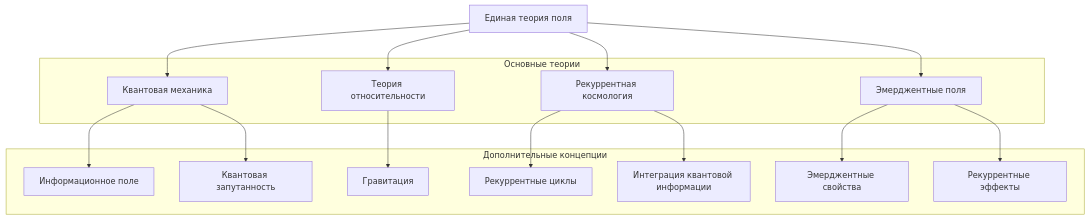
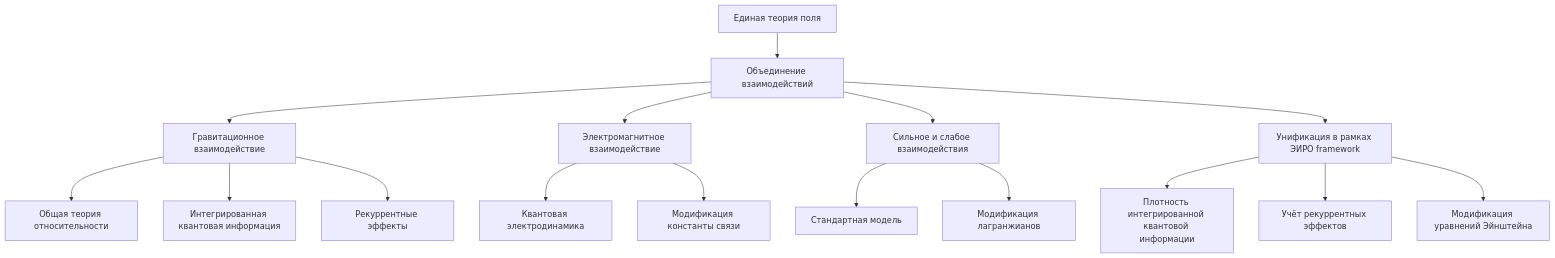
One commit to commeta/consciousness changed the first of 28 diagrams in The-Theory-of-Everything.md. Above: the diagram before and after it, drawn with Mermaid. The commit also changed other lines of this file, not shown here.

````diff
--- a/The-Theory-of-Everything.md
+++ b/The-Theory-of-Everything.md
@@ -5,35 +5,22 @@
 ```mermaid
 graph TD
-    A[Единая теория поля] --> B[Квантовая механика]
-    A --> C[Теория относительности]
-    A --> D[Рекуррентная космология]
-    A --> E[Эмерджентные поля]
-
-    B --> F[Информационное поле]
-    B --> G[Квантовая запутанность]
-
-    C --> H[Гравитация]
-
-    D --> I[Рекуррентные циклы]
-    D --> J[Интеграция квантовой информации]
-
-    E --> K[Эмерджентные свойства]
-    E --> L[Рекуррентные эффекты]
-
-    subgraph Основные теории
-        B
-        C
-        D
-        E
-    end
-
-    subgraph Дополнительные концепции
-        F
-        G
-        H
-        I
-        J
-        K
-        L
-    end
+    A[Единая теория поля] --> B[Объединение взаимодействий]
+    B --> C[Гравитационное взаимодействие]
+    B --> D[Электромагнитное взаимодействие]
+    B --> E[Сильное и слабое взаимодействия]
+    B --> F[Унификация в рамках ЭИРО framework]
+    
+    C --> G[Общая теория относительности]
+    C --> H[Интегрированная квантовая информация]
+    C --> I[Рекуррентные эффекты]
+    
+    D --> J[Квантовая электродинамика]
+    D --> K[Модификация константы связи]
+    
+    E --> L[Стандартная модель]
+    E --> M[Модификация лагранжианов]
+    
+    F --> N[Плотность интегрированной квантовой информации]
+    F --> O[Учёт рекуррентных эффектов]
+    F --> P[Модификация уравнений Эйнштейна]
 ```
````
